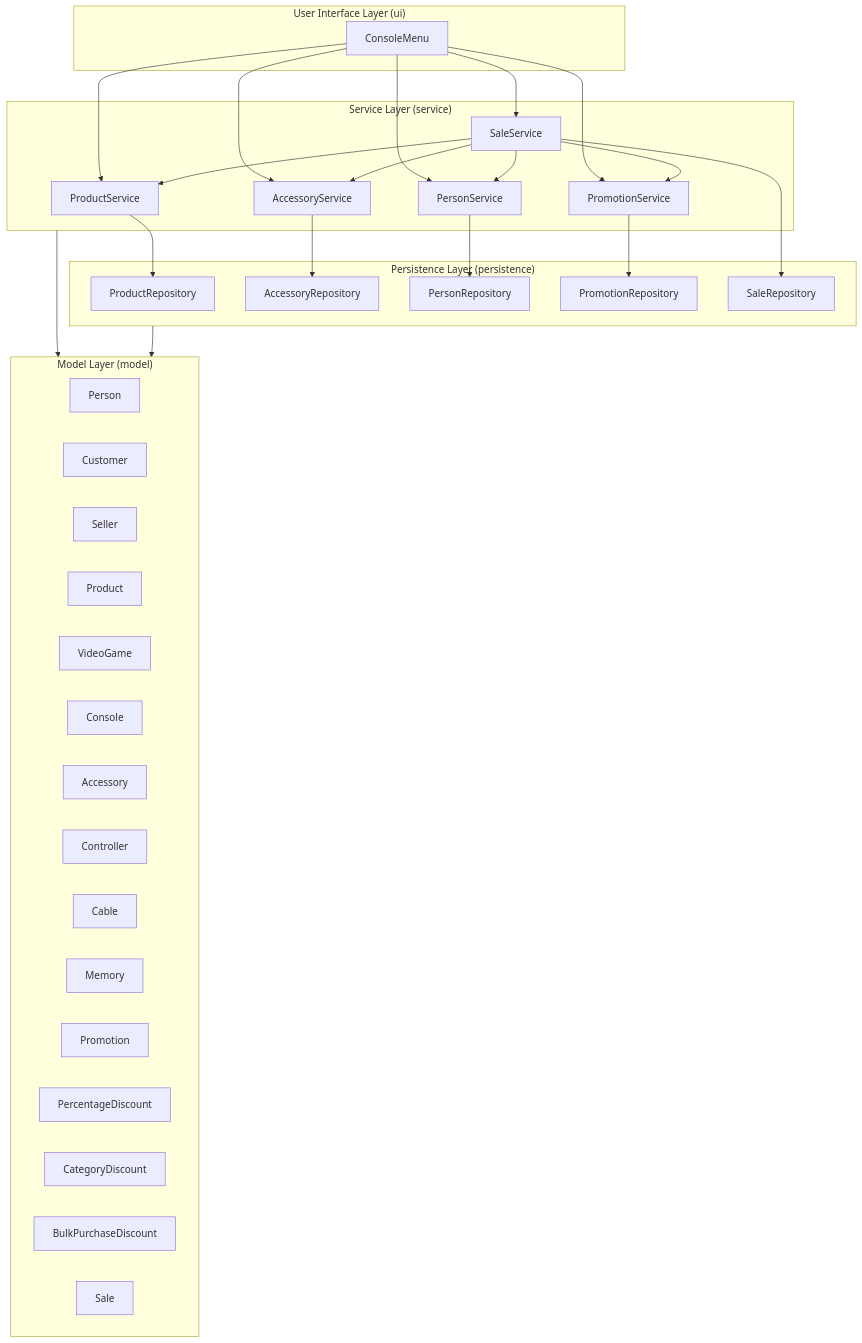
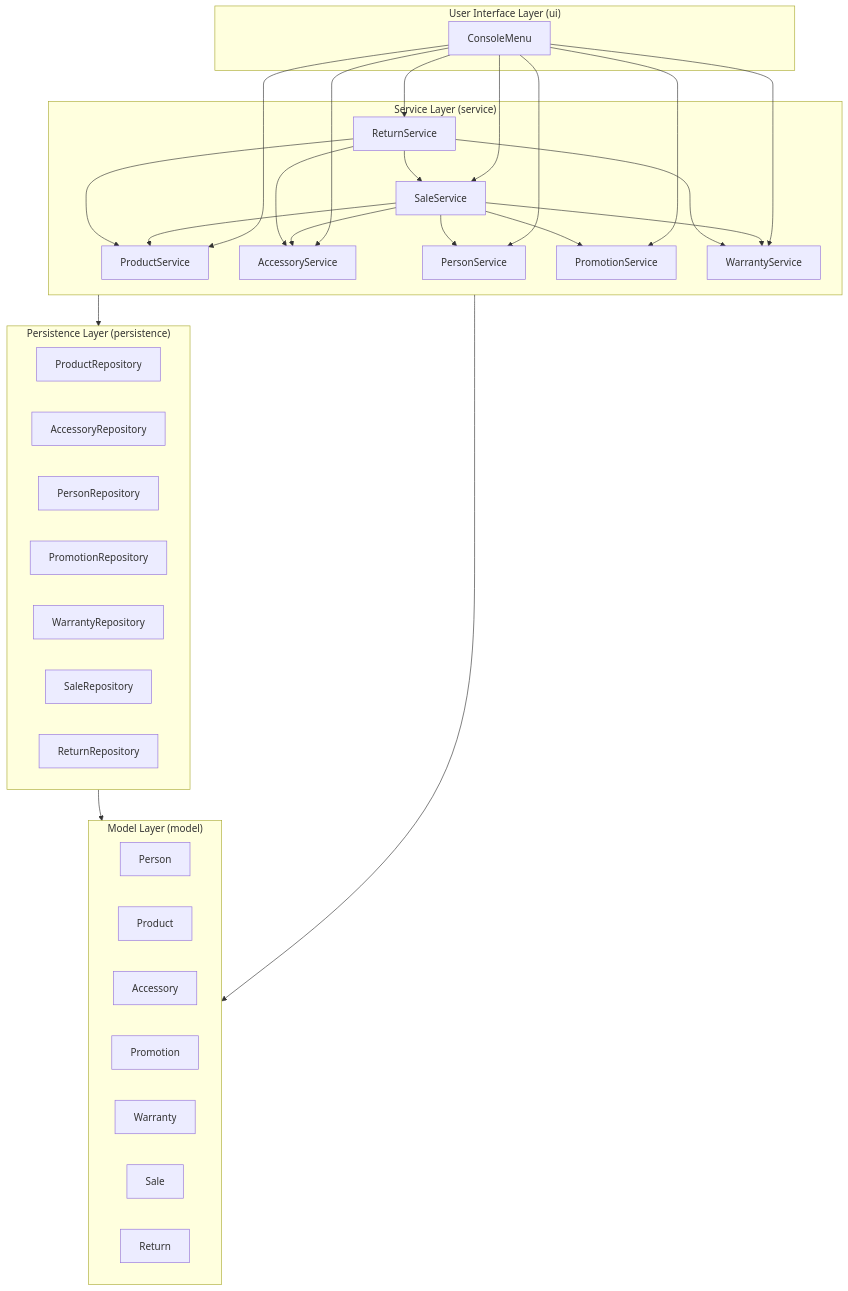
One commit to samueldrangel/GameZoneUnicesar2 changed the diagram in docs/layers-diagram.md. Above: the diagram before and after it, drawn with Mermaid.

Commit message:
docs: update layers diagram with all modules

````diff
--- a/docs/layers-diagram.md
+++ b/docs/layers-diagram.md
@@ -1,60 +1,55 @@
 ```mermaid
 graph TD
     subgraph UI ["User Interface Layer (ui)"]
         ConsoleMenu
     end
-
     subgraph Service ["Service Layer (service)"]
         ProductService
         AccessoryService
         PersonService
         PromotionService
+        WarrantyService
         SaleService
+        ReturnService
     end
-
     subgraph Persistence ["Persistence Layer (persistence)"]
         ProductRepository
         AccessoryRepository
         PersonRepository
         PromotionRepository
+        WarrantyRepository
         SaleRepository
+        ReturnRepository
     end
-
     subgraph Model ["Model Layer (model)"]
         Person
-        Customer
-        Seller
         Product
-        VideoGame
-        Console
         Accessory
-        Controller
-        Cable
-        Memory
         Promotion
-        PercentageDiscount
-        CategoryDiscount
-        BulkPurchaseDiscount
+        Warranty
         Sale
+        Return
     end
 
     ConsoleMenu --> ProductService
     ConsoleMenu --> AccessoryService
     ConsoleMenu --> PersonService
     ConsoleMenu --> PromotionService
+    ConsoleMenu --> WarrantyService
     ConsoleMenu --> SaleService
-
-    ProductService --> ProductRepository
-    AccessoryService --> AccessoryRepository
-    PersonService --> PersonRepository
-    PromotionService --> PromotionRepository
-    SaleService --> SaleRepository
+    ConsoleMenu --> ReturnService
 
     SaleService --> ProductService
     SaleService --> AccessoryService
     SaleService --> PersonService
     SaleService --> PromotionService
+    SaleService --> WarrantyService
+    ReturnService --> SaleService
+    ReturnService --> ProductService
+    ReturnService --> AccessoryService
+    ReturnService --> WarrantyService
 
+    Service --> Persistence
     Service --> Model
     Persistence --> Model
 ```
````
